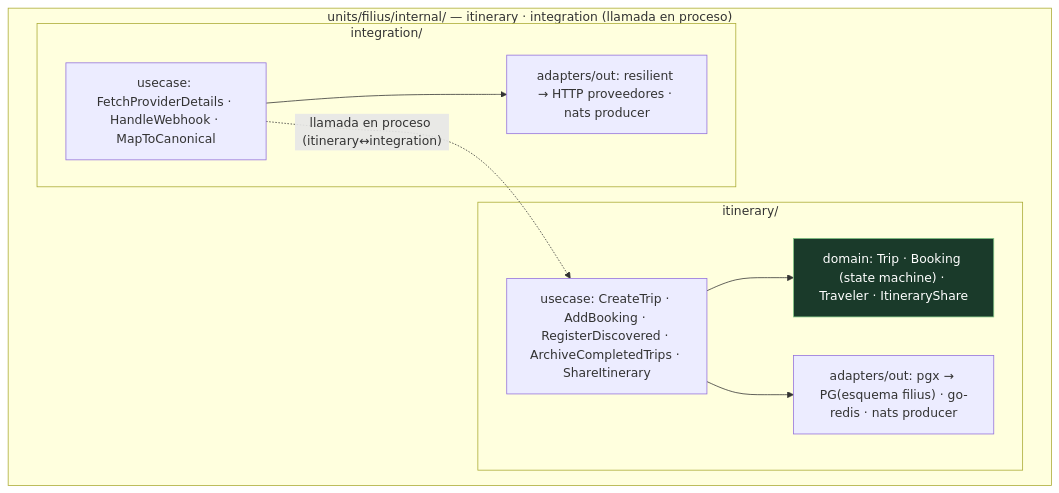
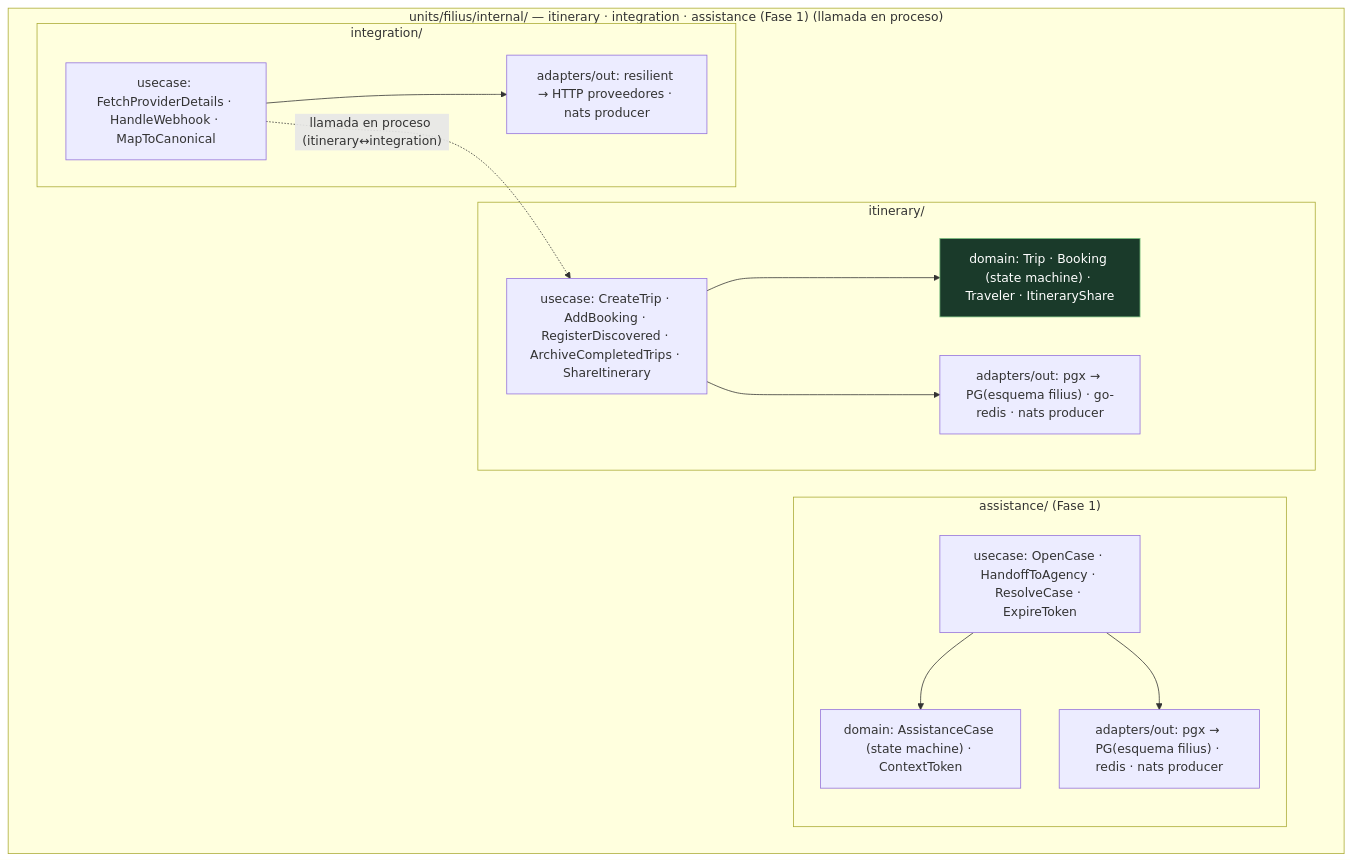
One commit to az-juan/trotamundos changed the first of 2 diagrams in trinity/units/03-filius-nucleo.md. Above: the diagram before and after it, drawn with Mermaid. The commit also changed other lines of this file and 28 other files, not shown here.

````diff
--- a/trinity/units/03-filius-nucleo.md
+++ b/trinity/units/03-filius-nucleo.md
@@ -42,19 +46,26 @@
 ```mermaid
 graph TB
-    subgraph "units/filius/internal/ — itinerary · integration (llamada en proceso)"
+    subgraph "units/filius/internal/ — itinerary · integration · assistance (Fase 1) (llamada en proceso)"
         subgraph "itinerary/"
             ITIN_UC["usecase: CreateTrip · AddBooking · RegisterDiscovered · ArchiveCompletedTrips · ShareItinerary"]
             ITIN_DOM["domain: Trip · Booking (state machine) · Traveler · ItineraryShare"]
             ITIN_OUT["adapters/out: pgx → PG(esquema filius) · go-redis · nats producer"]
+        end
+        subgraph "assistance/ (Fase 1)"
+            AS_UC["usecase: OpenCase · HandoffToAgency · ResolveCase · ExpireToken"]
+            AS_DOM["domain: AssistanceCase (state machine) · ContextToken"]
+            AS_OUT["adapters/out: pgx → PG(esquema filius) · redis · nats producer"]
         end
         subgraph "integration/"
             INT_UC["usecase: FetchProviderDetails · HandleWebhook · MapToCanonical"]
             INT_OUT["adapters/out: resilient → HTTP proveedores · nats producer"]
         end
         ITIN_UC --> ITIN_DOM
         ITIN_UC --> ITIN_OUT
+        AS_UC --> AS_DOM
+        AS_UC --> AS_OUT
         INT_UC --> INT_OUT
         INT_UC -. "llamada en proceso (itinerary↔integration)" .-> ITIN_UC
     end
     style ITIN_DOM fill:#1a3a2a,stroke:#81c784,color:#fff
 ```
````
